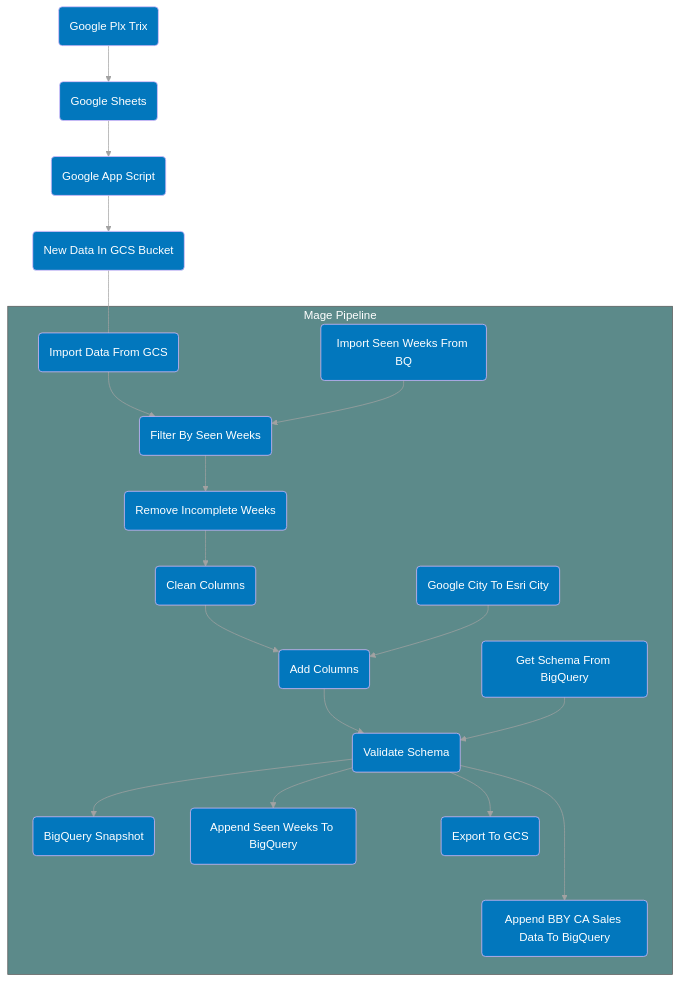
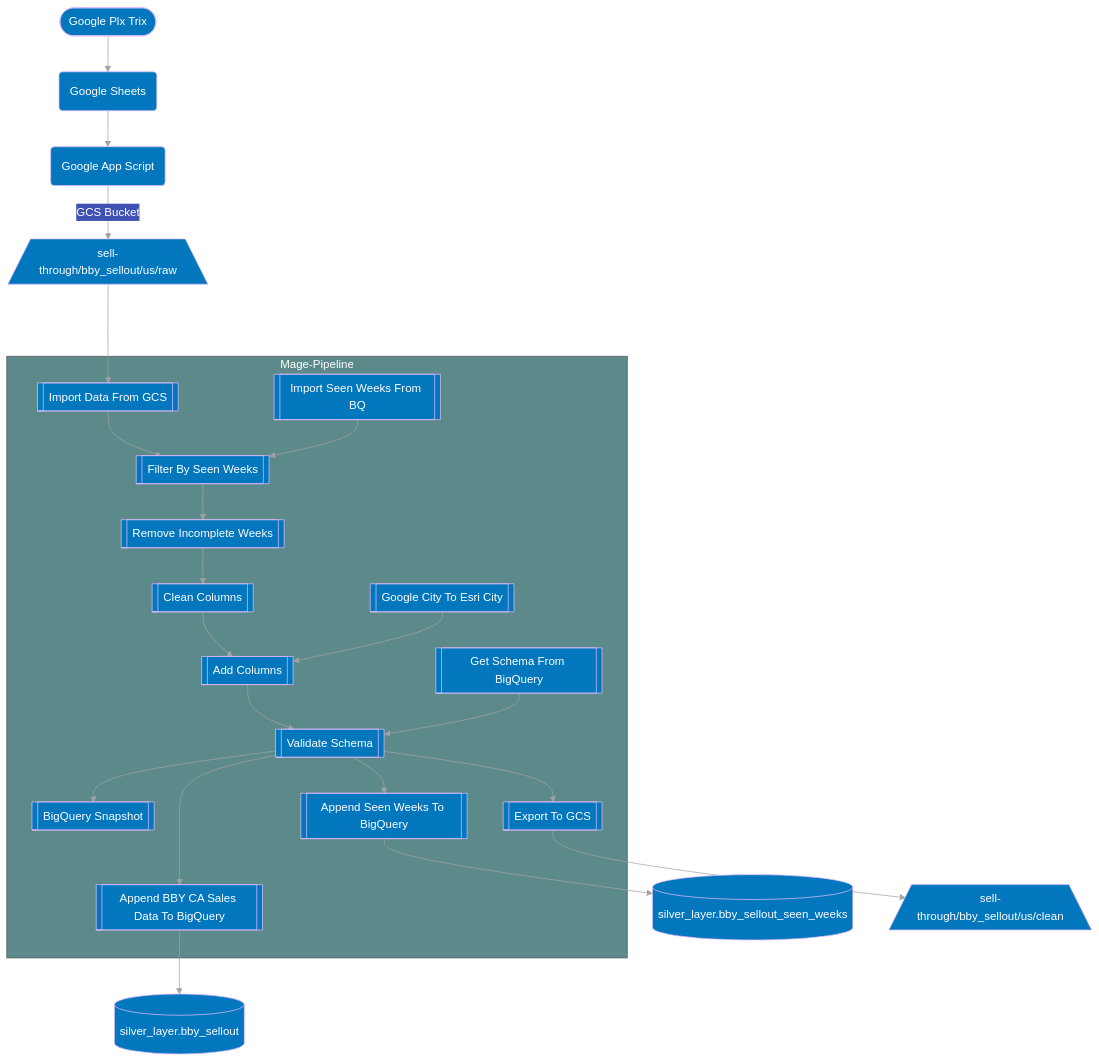
Before and after one commit to CarrierOps/1P-Wiki: the diagram in documentation/pipelines/us_bby.md, drawn with Mermaid. The commit also changed other lines of this file and 7 other files, not shown here.

````diff
--- a/documentation/pipelines/us_bby.md
+++ b/documentation/pipelines/us_bby.md
@@ -10,62 +10,71 @@
 ```mermaid
+flowchart TD
 %%{
   init: {
     'theme': 'base',
     'themeVariables': {
       'primaryColor': '#0277bd',
       'primaryTextColor': '#ffffff',
       'primaryBorderColor': '#e0bbff',
       'lineColor': '#a2a2a2',
       'secondaryColor': '#3f51b5',
       'tertiaryColor': '#5c8a8a',
       'tertiaryTextColor': '#ffffff'
     }
   }
 }%%
 
-flowchart TD
-id0(Google Plx Trix)
+id0([Google Plx Trix])
 id00(Google Sheets)
 id000(Google App Script)
-id0000(New Data In GCS Bucket)
+id0000[/sell-through/bby_sellout/us/raw\]
 id0-->id00
 id00 --> id000
-id000 --> id0000
-id0000---id1
+id000--GCS Bucket --> id0000
+id0000--->id1
 
-subgraph Mage Pipeline
-id1(Import Data From GCS)
-id2(Google City To Esri City)
-id3(Import Seen Weeks From BQ)
-id4(Get Schema From BigQuery)
-id5(Filter By Seen Weeks)
+subgraph Mage-Pipeline
+id1[[Import Data From GCS]]
+id2[[Google City To Esri City]]
+id3[[Import Seen Weeks From BQ]]
+id4[[Get Schema From BigQuery]]
+id5[[Filter By Seen Weeks]]
 id1-->id5
 id3-->id5
-id6(Remove Incomplete Weeks)
+id6[[Remove Incomplete Weeks]]
 id5--> id6
 
-id7(Clean Columns)
-id8(Add Columns)
+id7[[Clean Columns]]
+id8[[Add Columns]]
 id6-->id7
 id7-->id8
 id2-->id8
 
-id9(Validate Schema)
+id9[[Validate Schema]]
 id8--> id9
 id4-->id9
 
-id10(BigQuery Snapshot)
+id10[[BigQuery Snapshot]]
 id9-->id10
 
-id11(Append Seen Weeks To BigQuery)
-id12(Export To GCS)
-id13(Append BBY CA Sales Data To BigQuery)
+id11[[Append Seen Weeks To BigQuery]]
+id12[[Export To GCS]]
+id13[[Append BBY CA Sales Data To BigQuery]]
 
 id9-->id11
 id9-->id12
 id9--->id13
 
 
+end
+id14[(silver_layer.bby_sellout)]
+id15[(silver_layer.bby_sellout_seen_weeks)]
+id16[/sell-through/bby_sellout/us/clean\]
 
-end
+id13 --> id14
+id11 --> id15
+id12 --> id16
+
+
+
 ```
````
